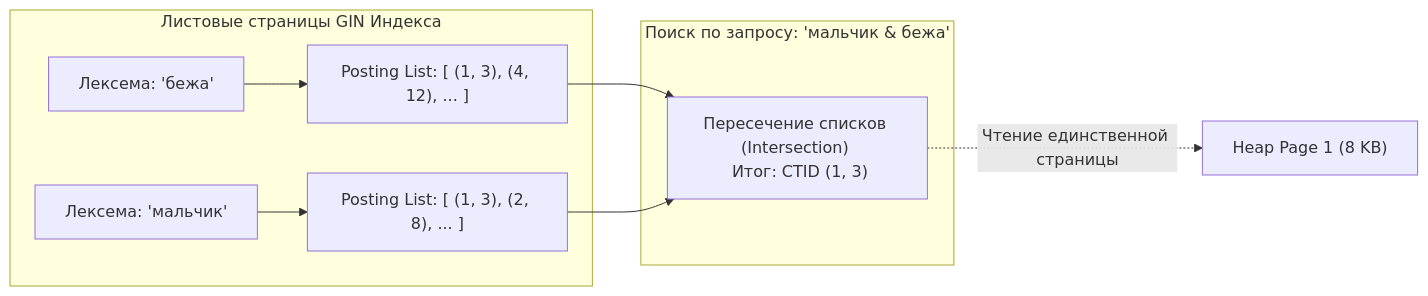
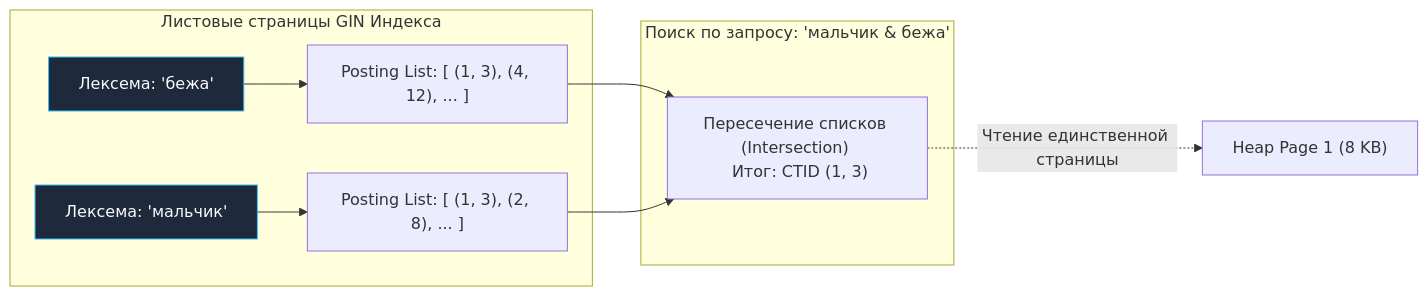
One commit to UnrealTemplier/go-textbook changed the second of 2 diagrams in sources/12. Базы данных/06. PostgreSQL/6. Full Text Search.md. Above: the diagram before and after it, drawn with Mermaid. The commit also changed other lines of this file and 1666 other files, not shown here.

First line of the commit message:
feat(mermaid): add semantic color classDef to 1369 colorless flowchart/graph diagrams

````diff
--- a/sources/12. Базы данных/06. PostgreSQL/6. Full Text Search.md
+++ b/sources/12. Базы данных/06. PostgreSQL/6. Full Text Search.md
@@ -77,15 +87,25 @@
 ```mermaid
 flowchart LR
+    classDef process  fill:#1e293b,stroke:#38bdf8,stroke-width:1px,color:#f8fafc
+    classDef success  fill:#064e3b,stroke:#34d399,stroke-width:1px,color:#f8fafc
+    classDef error    fill:#7f1d1d,stroke:#f87171,stroke-width:1px,color:#f8fafc
+    classDef warning  fill:#78350f,stroke:#fbbf24,stroke-width:1px,color:#f8fafc
+    classDef entry    fill:#1e3a5f,stroke:#38bdf8,stroke-width:2px,color:#f8fafc
+    classDef aux      fill:#334155,stroke:#64748b,stroke-width:1px,color:#f8fafc
+    classDef system   fill:#312e81,stroke:#a78bfa,stroke-width:1px,color:#f8fafc
+    classDef data     fill:#132d29,stroke:#2dd4bf,stroke-width:1px,color:#f8fafc
+    classDef network  fill:#881337,stroke:#fb7185,stroke-width:1px,color:#f8fafc
+    classDef accent   fill:#1e1b4b,stroke:#818cf8,stroke-width:1px,color:#f8fafc
     subgraph GINIndex ["Листовые страницы GIN Индекса"]
-        Lex1["Лексема: 'бежа'"] --> List1["Posting List: [ (1, 3), (4, 12), ... ]"]
-        Lex2["Лексема: 'мальчик'"] --> List2["Posting List: [ (1, 3), (2, 8), ... ]"]
+        Lex1["Лексема: 'бежа'"]:::process --> List1["Posting List: [ (1, 3), (4, 12), ... ]"]
+        Lex2["Лексема: 'мальчик'"]:::process --> List2["Posting List: [ (1, 3), (2, 8), ... ]"]
     end
     
     subgraph QueryExecution ["Поиск по запросу: 'мальчик & бежа'"]
         Intersect["Пересечение списков (Intersection) <br> Итог: CTID (1, 3)"]
     end
 
     List1 --> Intersect
     List2 --> Intersect
     Intersect -.->|"Чтение единственной страницы"| HeapPage["Heap Page 1 (8 KB)"]
 ```
````
